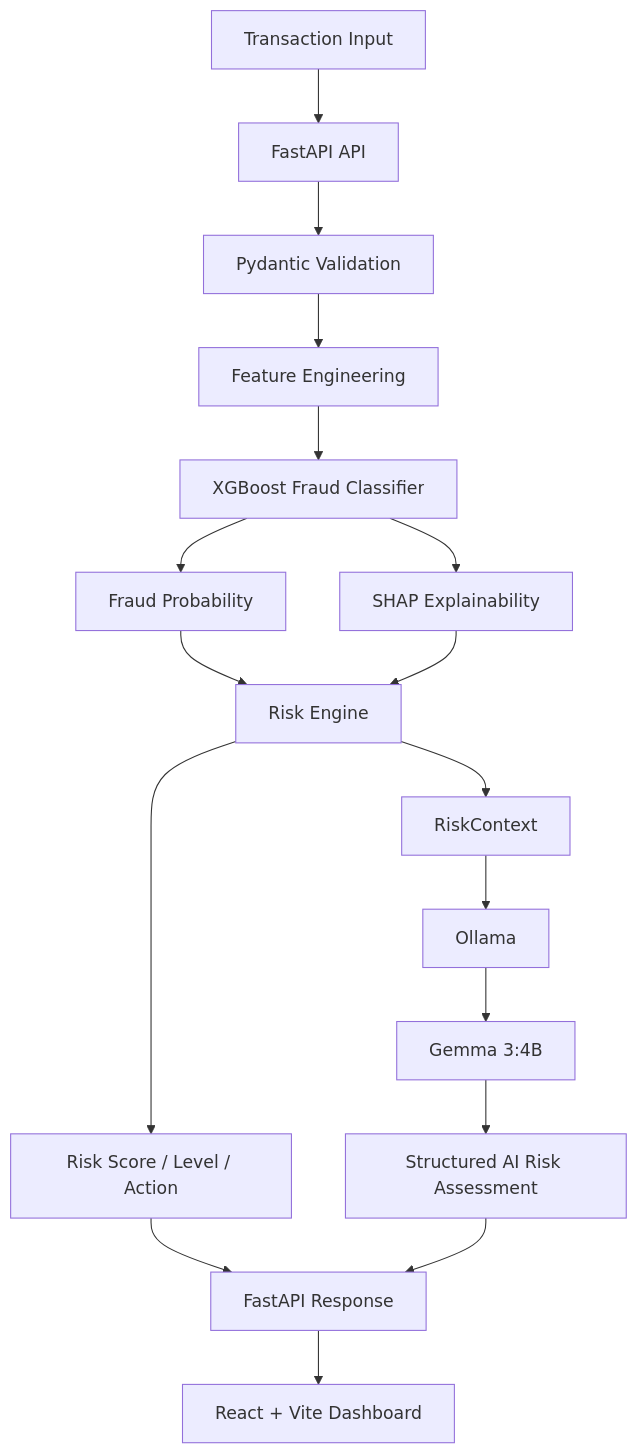
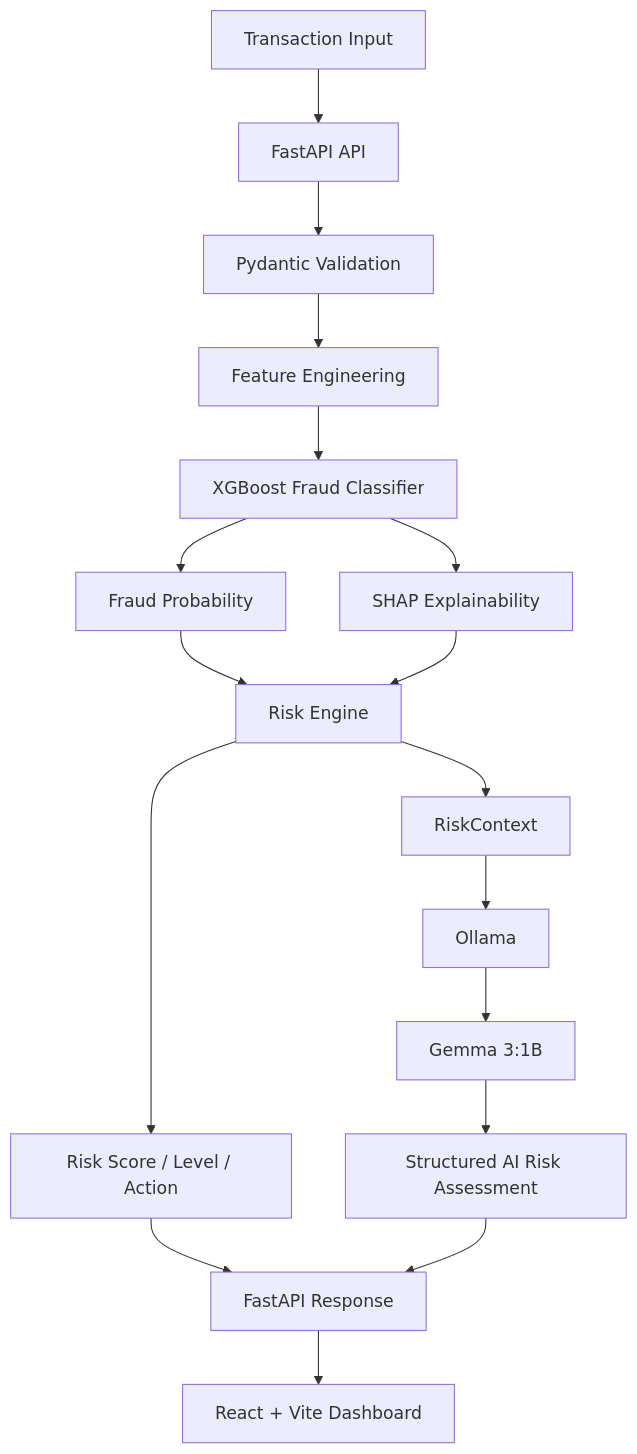
Before and after one commit to sandip234-ui/RiskGuard-AI: the first of 4 diagrams in README.md, drawn with Mermaid. The commit also changed other lines of this file and 6 other files, not shown here.

`````diff
--- a/README.md
+++ b/README.md
@@ -46,25 +46,25 @@
 ```mermaid
 flowchart TD
     A[Transaction Input] --> B[FastAPI API]
     B --> C[Pydantic Validation]
     C --> D[Feature Engineering]
     D --> E[XGBoost Fraud Classifier]
 
     E --> F[Fraud Probability]
     E --> G[SHAP Explainability]
 
     F --> H[Risk Engine]
     G --> H
 
     H --> I[Risk Score / Level / Action]
     H --> J[RiskContext]
 
     J --> K[Ollama]
-    K --> L[Gemma 3:4B]
+    K --> L[Gemma 3:1B]
     L --> M[Structured AI Risk Assessment]
 
     I --> N[FastAPI Response]
     M --> N
 
     N --> O[React + Vite Dashboard]
 ````
`````
